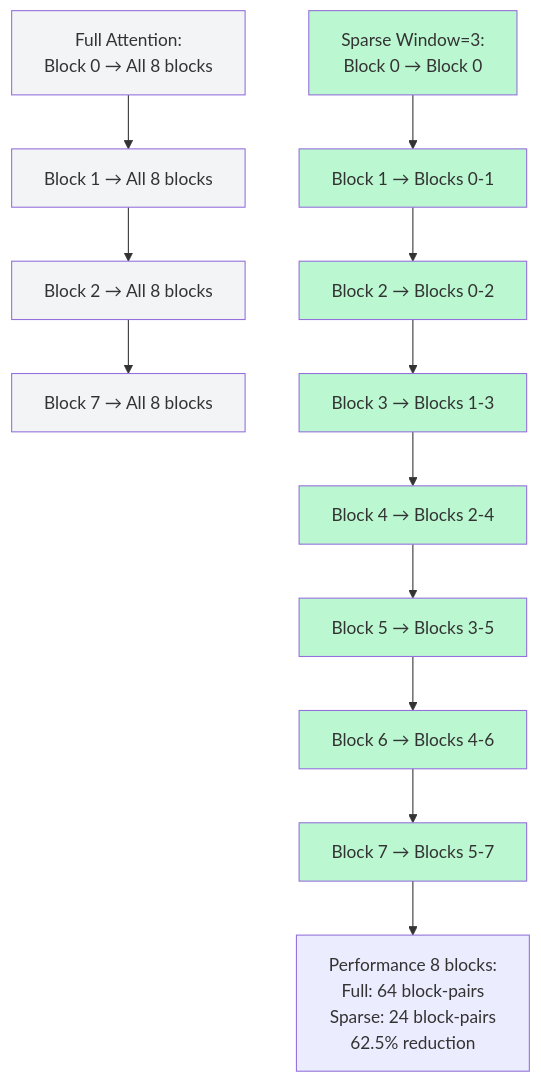
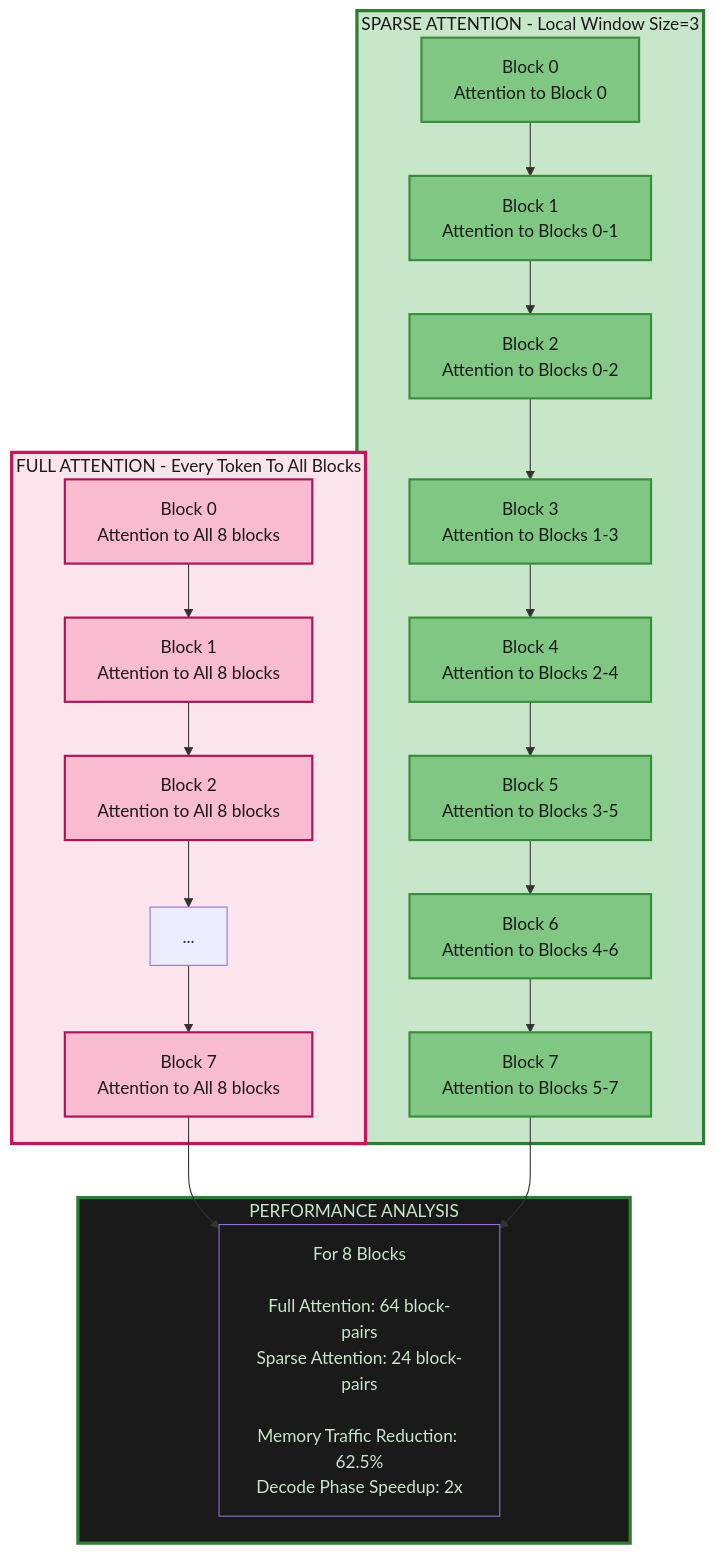
Before and after one commit to Shahriarin2garden/vllm_from_scratch: the eighth of 9 diagrams in lab0.3/README.md, drawn with Mermaid. The commit also changed other lines of this file, not shown here.

Commit message:
Enhance Lab 0.3 README with detailed diagrams for KV cache operations, memory fragmentation, and performance metrics

````diff
--- a/lab0.3/README.md
+++ b/lab0.3/README.md
@@ -674,35 +768,47 @@
 ```mermaid
 graph TD
-    FA1[Full Attention:<br/>Block 0 → All 8 blocks]
-    FA2[Block 1 → All 8 blocks]
-    FA3[Block 2 → All 8 blocks]
-    FA4[Block 7 → All 8 blocks]
+    subgraph FULL["FULL ATTENTION - Every Token To All Blocks"]
+        FA1["Block 0<br/>Attention to All 8 blocks"]
+        FA2["Block 1<br/>Attention to All 8 blocks"]
+        FA3["Block 2<br/>Attention to All 8 blocks"]
+        FA4["..."]
+        FA5["Block 7<br/>Attention to All 8 blocks"]
+    end
     
-    SA1[Sparse Window=3:<br/>Block 0 → Block 0]
-    SA2[Block 1 → Blocks 0-1]
-    SA3[Block 2 → Blocks 0-2]
-    SA4[Block 3 → Blocks 1-3]
-    SA5[Block 4 → Blocks 2-4]
-    SA6[Block 5 → Blocks 3-5]
-    SA7[Block 6 → Blocks 4-6]
-    SA8[Block 7 → Blocks 5-7]
+    subgraph SPARSE["SPARSE ATTENTION - Local Window Size=3"]
+        SA1["Block 0<br/>Attention to Block 0"]
+        SA2["Block 1<br/>Attention to Blocks 0-1"]
+        SA3["Block 2<br/>Attention to Blocks 0-2"]
+        SA4["Block 3<br/>Attention to Blocks 1-3"]
+        SA5["Block 4<br/>Attention to Blocks 2-4"]
+        SA6["Block 5<br/>Attention to Blocks 3-5"]
+        SA7["Block 6<br/>Attention to Blocks 4-6"]
+        SA8["Block 7<br/>Attention to Blocks 5-7"]
+    end
     
-    Metrics[Performance 8 blocks:<br/>Full: 64 block-pairs<br/>Sparse: 24 block-pairs<br/>62.5% reduction]
+    subgraph METRICS["PERFORMANCE ANALYSIS"]
+        PERF["For 8 Blocks<br/><br/>Full Attention: 64 block-pairs<br/>Sparse Attention: 24 block-pairs<br/><br/>Memory Traffic Reduction: 62.5%<br/>Decode Phase Speedup: 2x"]
+    end
     
-    FA1 --> FA2 --> FA3 --> FA4
+    FA1 --> FA2 --> FA3 --> FA4 --> FA5
     SA1 --> SA2 --> SA3 --> SA4 --> SA5 --> SA6 --> SA7 --> SA8
-    SA8 --> Metrics
+    FA5 --> PERF
+    SA8 --> PERF
     
-    style FA1 fill:#f3f4f6
-    style FA2 fill:#f3f4f6
-    style FA3 fill:#f3f4f6
-    style FA4 fill:#f3f4f6
-    style SA1 fill:#bbf7d0
-    style SA2 fill:#bbf7d0
-    style SA3 fill:#bbf7d0
-    style SA4 fill:#bbf7d0
-    style SA5 fill:#bbf7d0
-    style SA6 fill:#bbf7d0
-    style SA7 fill:#bbf7d0
-    style SA8 fill:#bbf7d0
+    style FULL fill:#fce4ec,stroke:#c2185b,stroke-width:3px,color:#1a1a1a
+    style FA1 fill:#f8bbd0,stroke:#ad1457,stroke-width:2px,color:#1a1a1a
+    style FA2 fill:#f8bbd0,stroke:#ad1457,stroke-width:2px,color:#1a1a1a
+    style FA3 fill:#f8bbd0,stroke:#ad1457,stroke-width:2px,color:#1a1a1a
+    style FA5 fill:#f8bbd0,stroke:#ad1457,stroke-width:2px,color:#1a1a1a
+    style SPARSE fill:#c8e6c9,stroke:#2e7d32,stroke-width:3px,color:#1a1a1a
+    style SA1 fill:#81c784,stroke:#388e3c,stroke-width:2px,color:#1a1a1a
+    style SA2 fill:#81c784,stroke:#388e3c,stroke-width:2px,color:#1a1a1a
+    style SA3 fill:#81c784,stroke:#388e3c,stroke-width:2px,color:#1a1a1a
+    style SA4 fill:#81c784,stroke:#388e3c,stroke-width:2px,color:#1a1a1a
+    style SA5 fill:#81c784,stroke:#388e3c,stroke-width:2px,color:#1a1a1a
+    style SA6 fill:#81c784,stroke:#388e3c,stroke-width:2px,color:#1a1a1a
+    style SA7 fill:#81c784,stroke:#388e3c,stroke-width:2px,color:#1a1a1a
+    style SA8 fill:#81c784,stroke:#388e3c,stroke-width:2px,color:#1a1a1a
+    style METRICS fill:#1a1a1a,color:#c8e6c9,stroke:#2e7d32,stroke-width:3px
+    style PERF fill:#1a1a1a,color:#c8e6c9
 ```
````
